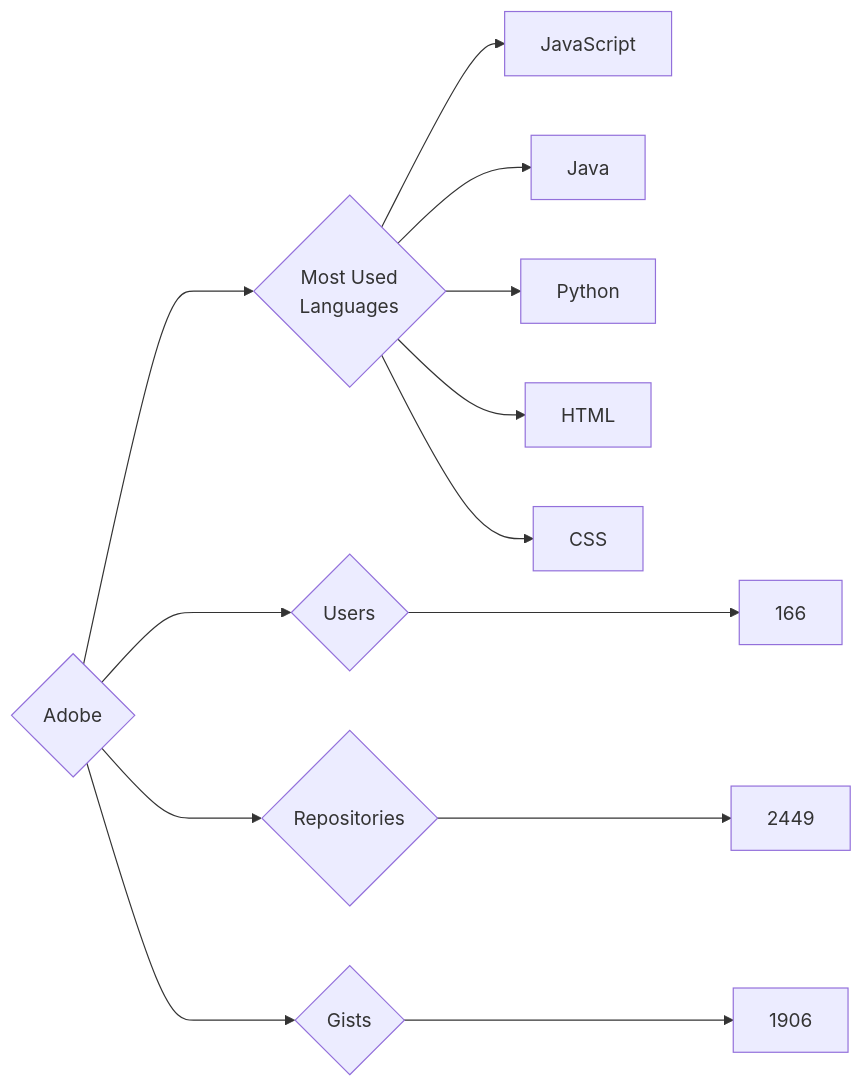
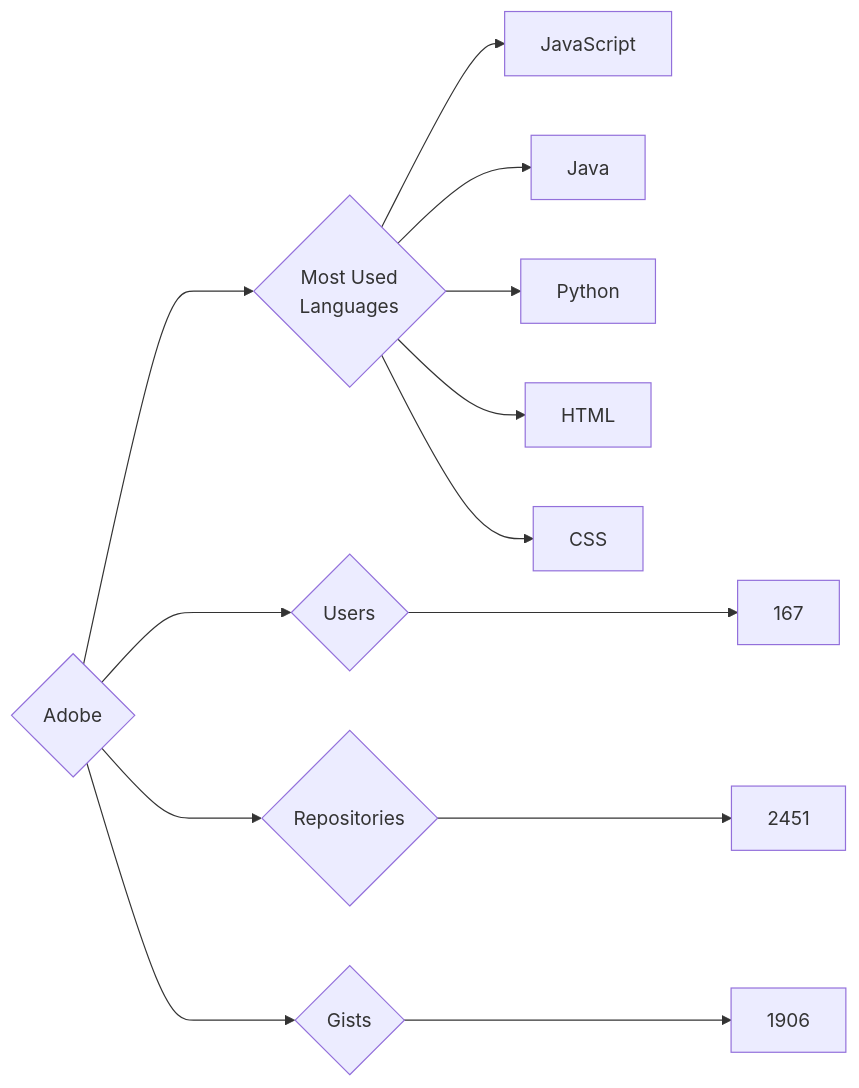
One commit to trickest/insiders changed the diagram in targets/Adobe/README.md. Above: the diagram before and after it, drawn with Mermaid. The commit also changed 553 other files, not shown here.

````diff
--- a/targets/Adobe/README.md
+++ b/targets/Adobe/README.md
@@ -3,13 +3,13 @@
 ```mermaid
 graph LR
 COMPANY_NAME{Adobe}
-COMPANY_NAME ---> U{Users} ---> UN[166]
-COMPANY_NAME ---> R{Repositories} ---> RN[2449]
+COMPANY_NAME ---> U{Users} ---> UN[167]
+COMPANY_NAME ---> R{Repositories} ---> RN[2451]
 COMPANY_NAME ---> G{Gists} ---> GN[1906]
 COMPANY_NAME ---> ML{Most Used<br>Languages}
 ML --> JavaScript[JavaScript]
 ML --> Java[Java]
 ML --> Python[Python]
 ML --> HTML[HTML]
 ML --> CSS[CSS]
 ```
````
